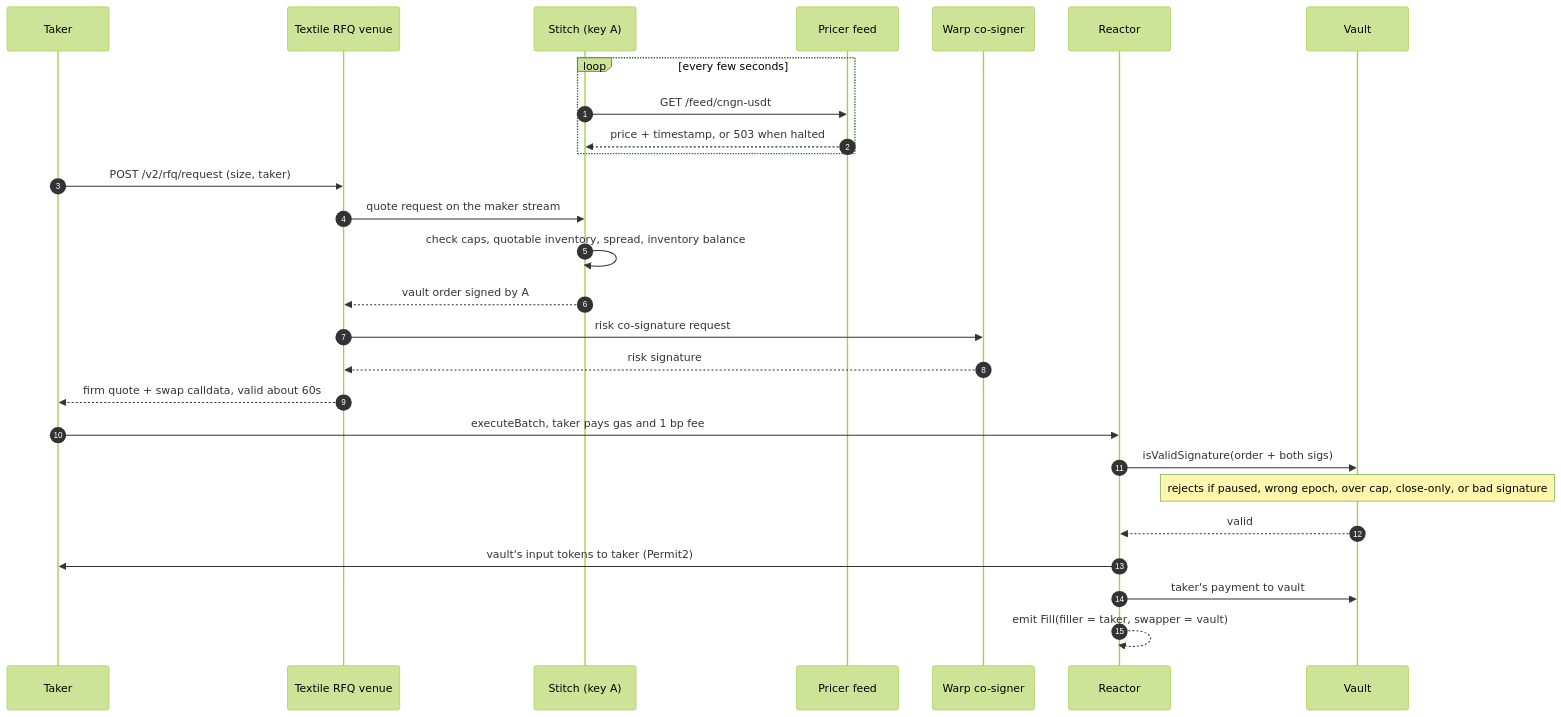
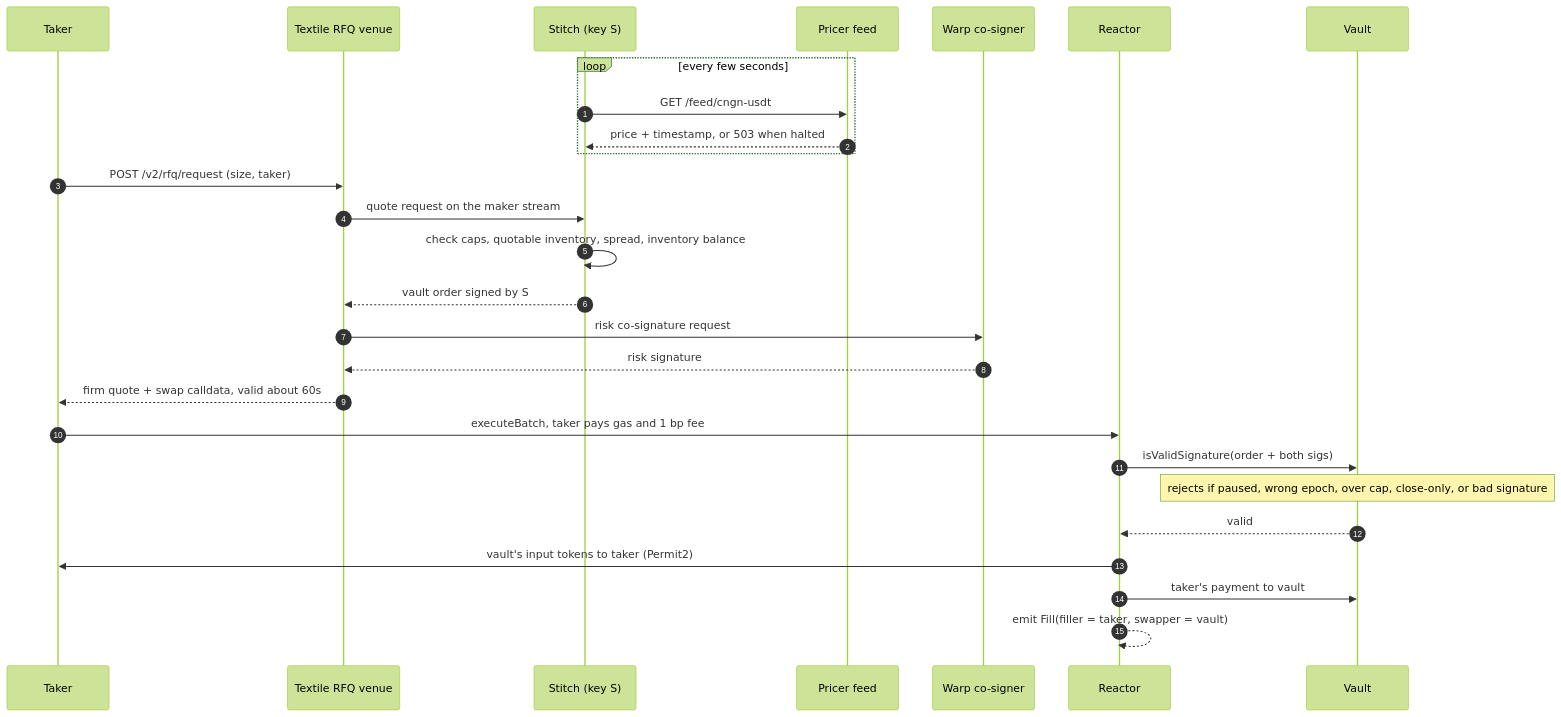
The fifth of 16 diagrams in docs/ARCHITECTURE.md (Kanasjnr/naira-desk), drawn with Mermaid (forest theme) before and after one commit. The commit also changed other lines of this file, not shown here.

Commit message:
docs: update vault roles and settings

````diff
--- a/docs/ARCHITECTURE.md
+++ b/docs/ARCHITECTURE.md
@@ -254,29 +261,29 @@
 ```mermaid
 sequenceDiagram
   autonumber
   participant T as Taker
   participant X as Textile RFQ venue
-  participant S as Stitch (key A)
+  participant S as Stitch (key S)
   participant P as Pricer feed
   participant W as Warp co-signer
   participant R as Reactor
   participant V as Vault
   loop every few seconds
     S->>P: GET /feed/cngn-usdt
     P-->>S: price + timestamp, or 503 when halted
   end
   T->>X: POST /v2/rfq/request (size, taker)
   X->>S: quote request on the maker stream
   S->>S: check caps, quotable inventory, spread, inventory balance
-  S-->>X: vault order signed by A
+  S-->>X: vault order signed by S
   X->>W: risk co-signature request
   W-->>X: risk signature
   X-->>T: firm quote + swap calldata, valid about 60s
   T->>R: executeBatch, taker pays gas and 1 bp fee
   R->>V: isValidSignature(order + both sigs)
   Note over V: rejects if paused, wrong epoch, over cap, close-only, or bad signature
   V-->>R: valid
   R->>T: vault's input tokens to taker (Permit2)
   R->>V: taker's payment to vault
   R-->>R: emit Fill(filler = taker, swapper = vault)
 ```
````
